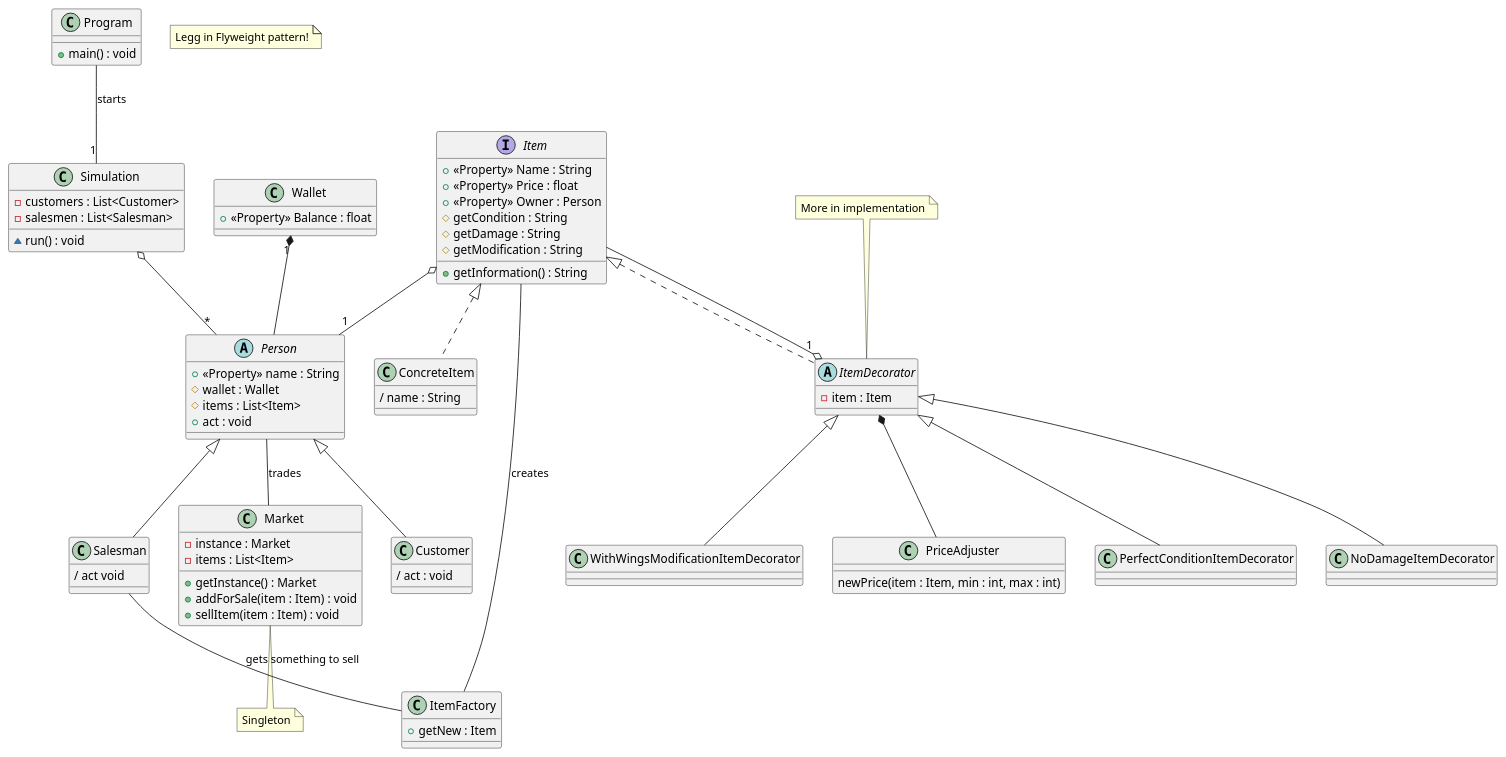
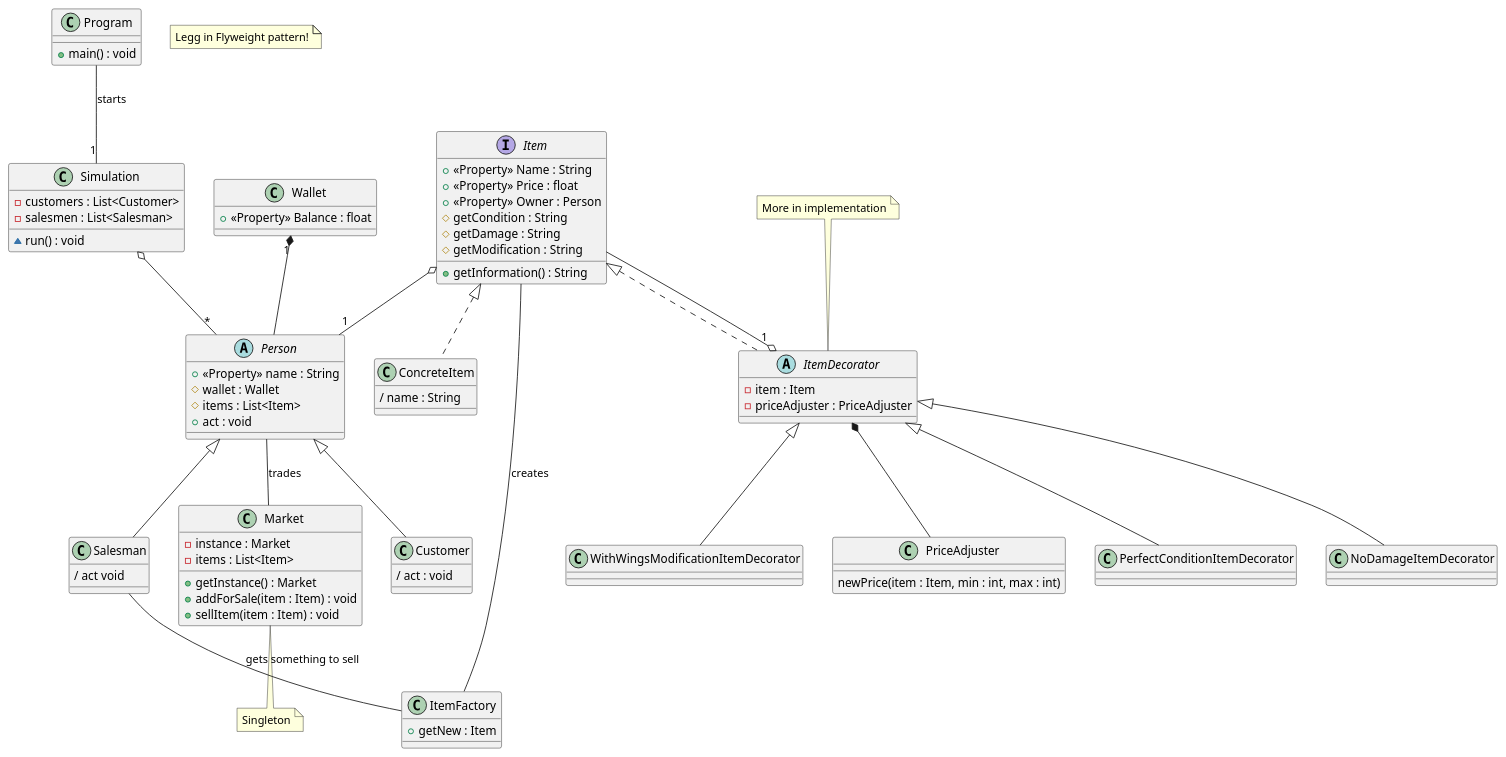
The diagram in diagrams/class/class.puml (olaven/exam-PG3300), drawn with PlantUML before and after one commit. The commit also changed 15 other files, not shown here.

```diff
--- a/diagrams/class/class.puml
+++ b/diagrams/class/class.puml
@@ -1,100 +1,101 @@
 @startuml Class diagram 
 
 
 interface Item {
     + <<Property>> Name : String 
     + <<Property>> Price : float 
     + <<Property>> Owner : Person 
     # getCondition : String
     # getDamage : String
     # getModification : String
     + getInformation() : String 
 }
 
 Item o-- "1" Person 
 
 class ConcreteItem implements Item {
     / name : String 
 }
 
 abstract ItemDecorator implements Item {
     - item : Item 
+    - priceAdjuster : PriceAdjuster 
 }
 
 class PriceAdjuster {
     newPrice(item : Item, min : int, max : int)
 }
 
 ItemDecorator *-- PriceAdjuster 
 
 ItemDecorator "1" o-- Item 
 
 
 class PerfectConditionItemDecorator extends ItemDecorator
 class NoDamageItemDecorator extends ItemDecorator
 class WithWingsModificationItemDecorator extends ItemDecorator
 
 note "More in implementation" as MoreInImplementation
 MoreInImplementation .. ItemDecorator
 
 class ItemFactory {
     + getNew : Item  
 }
 
 ItemFactory -- Item : creates 
 
 class Wallet {
     + <<Property>> Balance : float 
 }
 
 abstract Person {
     + <<Property>> name : String 
     # wallet : Wallet 
     # items : List<Item> 
     + act : void 
 }
 
 Wallet "1" *-- Person
 Person -- Market : trades 
 
 
 class Customer extends Person {
     / act : void 
 }
 
 class Salesman extends Person {
     / act void 
 }
 
 note "Singleton" as singleton
 class Market {
     - instance : Market
     - items : List<Item>
     + getInstance() : Market   
     + addForSale(item : Item) : void  
     + sellItem(item : Item) : void 
 }
 
 Market .. singleton
 
 
 class Program { 
     + main() : void
 }
 
 class Simulation {
     - customers : List<Customer> 
     - salesmen : List<Salesman> 
     ~ run() : void 
 }
 
 Program -- "1" Simulation : starts
 Simulation o-- "*" Person
 
 note "Legg in Flyweight pattern!" as flnote
 
 
 Salesman -- ItemFactory : gets something to sell 
 
 
 @enduml
```
